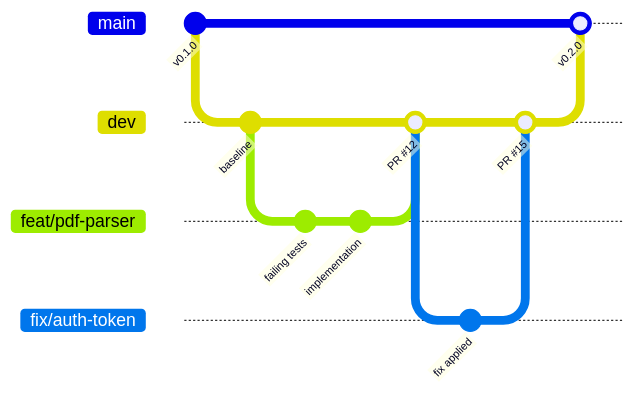
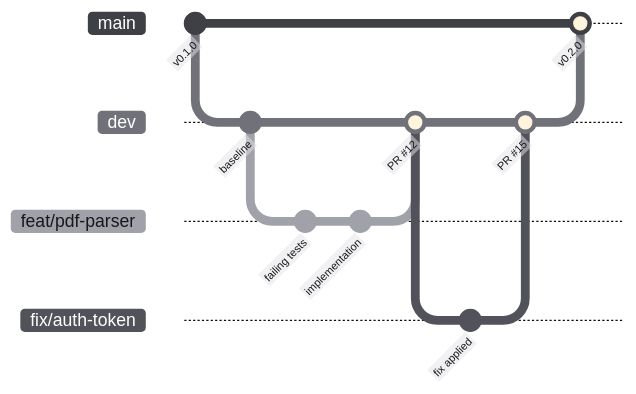
One commit to COS301-SE-2026/UMTAS changed the diagram in README.md. Above: the diagram before and after it, drawn with Mermaid. The commit also changed other lines of this file and 9 other files, not shown here.

````diff
--- a/README.md
+++ b/README.md
@@ -475,20 +465,21 @@
 ```mermaid
+%%{init: {'theme': 'base', 'themeVariables': {'git0': '#3f3f46', 'git1': '#71717a', 'git2': '#a1a1aa', 'git3': '#52525b', 'git4': '#27272a', 'gitBranchLabel0': '#ffffff', 'gitBranchLabel1': '#ffffff', 'gitBranchLabel2': '#18181b', 'gitBranchLabel3': '#ffffff', 'gitBranchLabel4': '#ffffff', 'commitLabelColor': '#18181b', 'commitLabelBackground': '#e4e4e7', 'tagLabelColor': '#18181b', 'tagLabelBackground': '#e4e4e7', 'tagLabelBorder': '#71717a'}}}%%
 gitGraph LR:
    commit id: "v0.1.0"
    branch dev
    checkout dev
    commit id: "baseline"
    branch feat/pdf-parser
    checkout feat/pdf-parser
    commit id: "failing tests"
    commit id: "implementation"
    checkout dev
    merge feat/pdf-parser id: "PR #12"
    branch fix/auth-token
    checkout fix/auth-token
    commit id: "fix applied"
    checkout dev
    merge fix/auth-token id: "PR #15"
    checkout main
    merge dev id: "v0.2.0"
 ```
````
